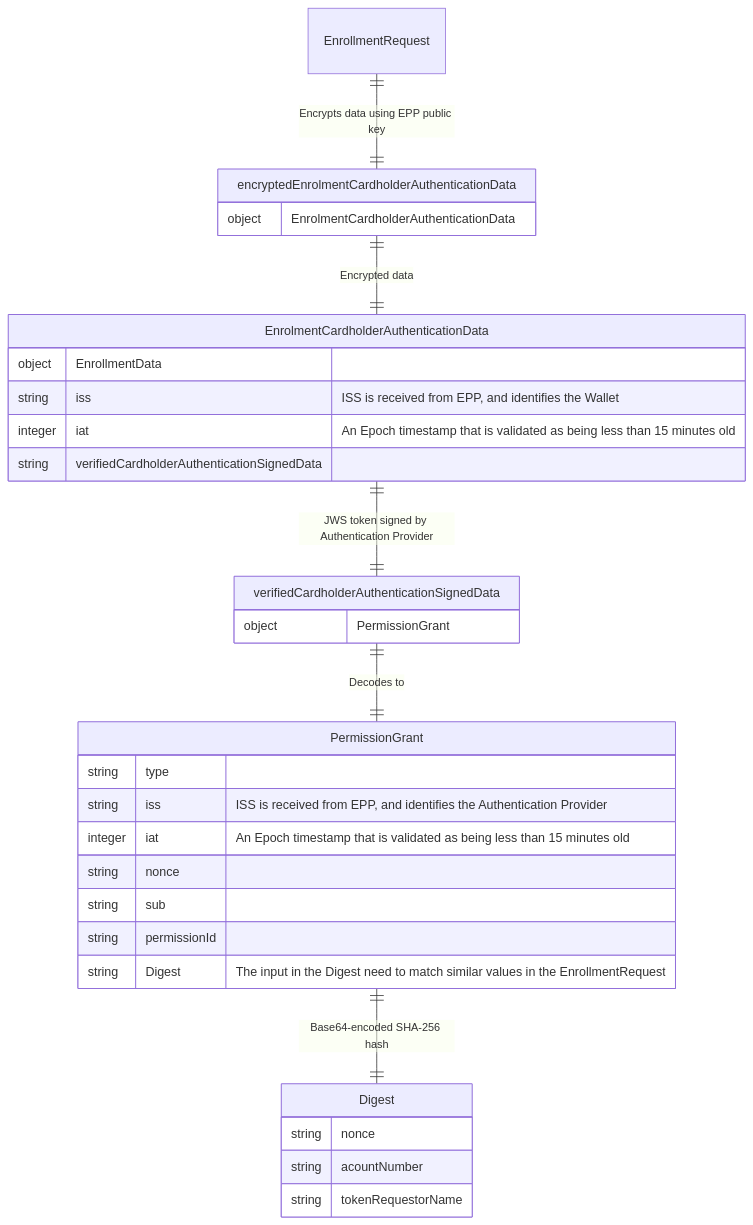
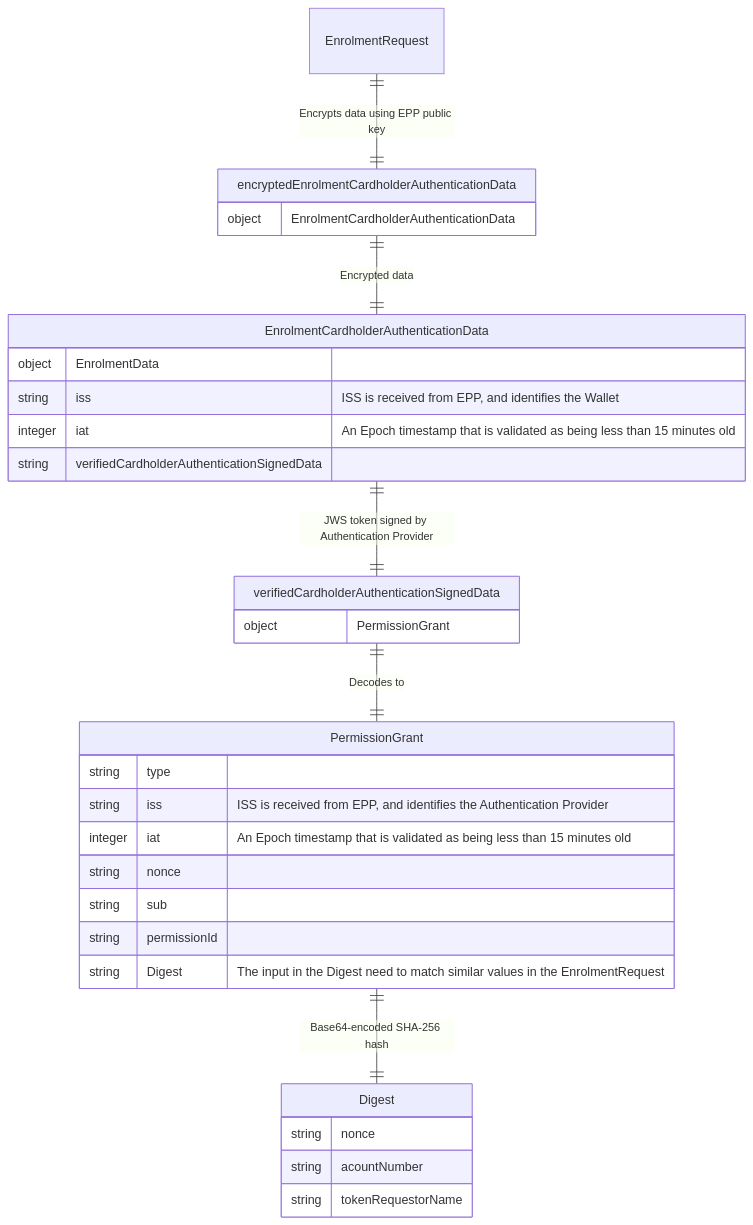
Before and after one commit to BankAxept/bankaxept-epayment-development-kit: the fourth of 4 diagrams in docs/authentication_interoperability.md, drawn with Mermaid. The commit also changed other lines of this file and 3 other files, not shown here.

````diff
--- a/docs/authentication_interoperability.md
+++ b/docs/authentication_interoperability.md
@@ -116,48 +113,48 @@
 ```mermaid
 %%{init: {
   "theme": "default",
   "themeCSS": [
     ".er.relationshipLabel { fill: black; }", 
     ".er.relationshipLabelBox { fill: white; }", 
     ".er.entityBox { fill: lightgray; }",
-    "[id^=entity-EnrollmentRequest] .er.entityBox { fill: lightgreen;} ",
+    "[id^=entity-EnrolmentRequest] .er.entityBox { fill: lightgreen;} ",
     "[id^=entity-encryptedEnrolmentCardholderAuthenticationData] .er.entityBox { fill: lightgreen;} ",
     "[id^=entity-EnrolmentCardholderAuthenticationData] .er.entityBox { fill: lightgreen;} ",
     "[id^=entity-verifiedCardholderAuthenticationSignedData] .er.entityBox { fill: powderblue;} ",
     "[id^=entity-PermissionGrant] .er.entityBox { fill: powderblue;} ",
     "[id^=entity-Digest] .er.entityBox { fill: powderblue;} "
     ]
 }}%%
 erDiagram
-    EnrollmentRequest ||--|| encryptedEnrolmentCardholderAuthenticationData : "Encrypts data using EPP public key"
+    EnrolmentRequest ||--|| encryptedEnrolmentCardholderAuthenticationData : "Encrypts data using EPP public key"
     encryptedEnrolmentCardholderAuthenticationData {
         object EnrolmentCardholderAuthenticationData
         
     }
     encryptedEnrolmentCardholderAuthenticationData ||--|| EnrolmentCardholderAuthenticationData : "Encrypted data"
     EnrolmentCardholderAuthenticationData ||--|| verifiedCardholderAuthenticationSignedData : "JWS token signed by Authentication Provider"
     EnrolmentCardholderAuthenticationData {
-        object EnrollmentData
+        object EnrolmentData
         string iss "ISS is received from EPP, and identifies the Wallet"
         integer iat "An Epoch timestamp that is validated as being less than 15 minutes old"
         string verifiedCardholderAuthenticationSignedData
     }
     verifiedCardholderAuthenticationSignedData {
         object PermissionGrant
     }
     verifiedCardholderAuthenticationSignedData ||--|| PermissionGrant : "Decodes to"
     PermissionGrant ||--|| Digest : "Base64-encoded SHA-256 hash"
     PermissionGrant {
         string type
         string iss "ISS is received from EPP, and identifies the Authentication Provider"
         integer iat "An Epoch timestamp that is validated as being less than 15 minutes old"
         string nonce
         string sub
         string permissionId
-        string Digest "The input in the Digest need to match similar values in the EnrollmentRequest"    }
+        string Digest "The input in the Digest need to match similar values in the EnrolmentRequest"    }
     Digest {
       string nonce
       string acountNumber
       string tokenRequestorName
     }
 ```
````
